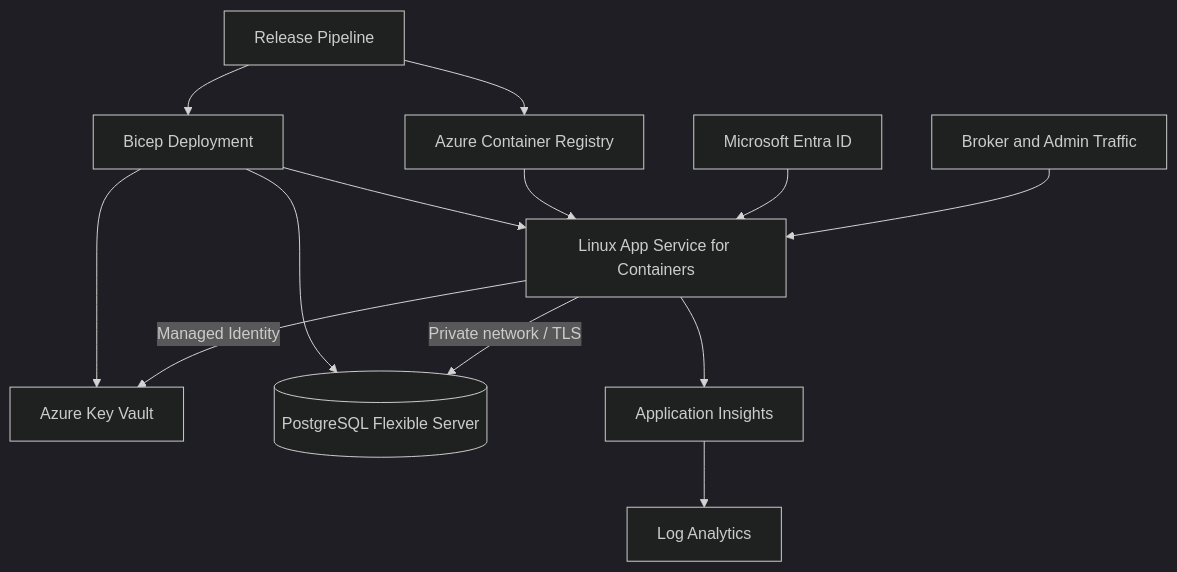
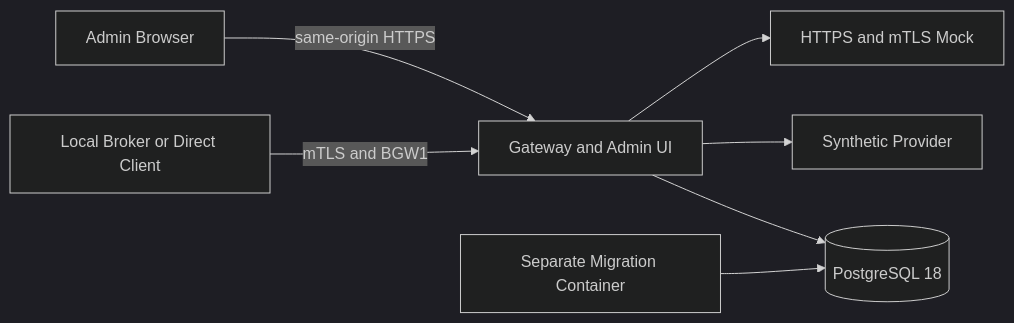
Before and after one commit to marcobiz/secure-integration-platform: the fifth of 6 diagrams in docs/architecture/component-diagrams.md, drawn with Mermaid (dark theme). The commit also changed other lines of this file and 17 other files, not shown here.

Commit message:
docs(alpha): reconcile architecture security and deployment truth

````diff
--- a/docs/architecture/component-diagrams.md
+++ b/docs/architecture/component-diagrams.md
@@ -90,15 +129,9 @@
 ```mermaid
-flowchart TB
-  Internet[Broker and Admin Traffic] --> App[Linux App Service for Containers]
-  Entra[Microsoft Entra ID] --> App
-  App -->|Managed Identity| KV[Azure Key Vault]
-  App -->|Private network / TLS| PG[(PostgreSQL Flexible Server)]
-  App --> AI[Application Insights]
-  AI --> LA[Log Analytics]
-  ACR[Azure Container Registry] --> App
-  Pipeline[Release Pipeline] --> ACR
-  Pipeline --> Bicep[Bicep Deployment]
-  Bicep --> App
-  Bicep --> KV
-  Bicep --> PG
+flowchart LR
+  Client[Local Broker or Direct Client] -->|mTLS and BGW1| Gateway[Gateway and Admin UI]
+  Admin[Admin Browser] -->|same-origin HTTPS| Gateway
+  Gateway --> PG[(PostgreSQL 18)]
+  Gateway --> Synthetic[Synthetic Provider]
+  Gateway --> Mock[HTTPS and mTLS Mock]
+  Migrations[Separate Migration Container] --> PG
 ```
````
